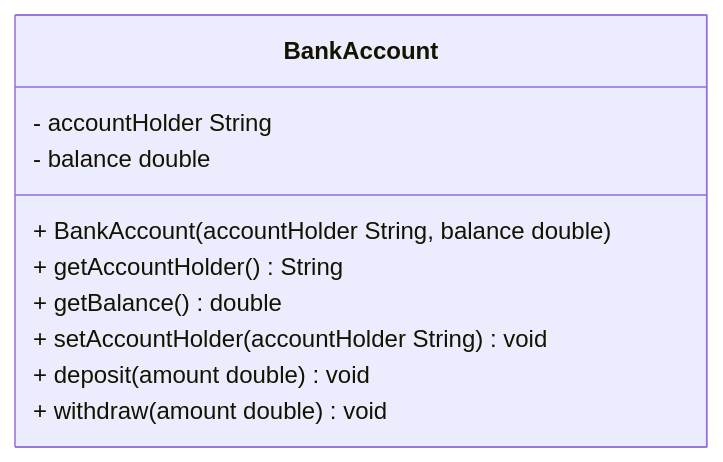
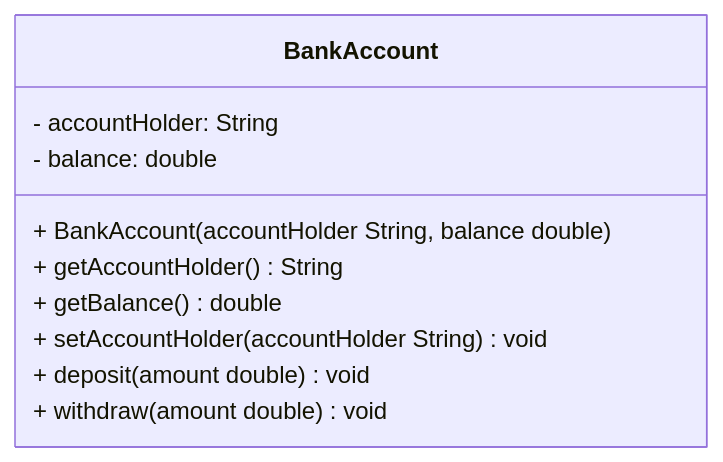
Before and after one commit to KristyH89/Excersises7-OOP1: the first of 4 diagrams in README.md, drawn with Mermaid. The commit also changed other lines of this file, not shown here.

````diff
--- a/README.md
+++ b/README.md
@@ -5,13 +5,13 @@
 ```mermaid
 classDiagram
     class BankAccount {
-        - accountHolder String
-        - balance double
+        - accountHolder: String
+        - balance: double
         + BankAccount(accountHolder String, balance double)
         + getAccountHolder() String
         + getBalance() double
         + setAccountHolder(accountHolder String) void
         + deposit(amount double) void
         + withdraw(amount double) void
     }
 ```
````
